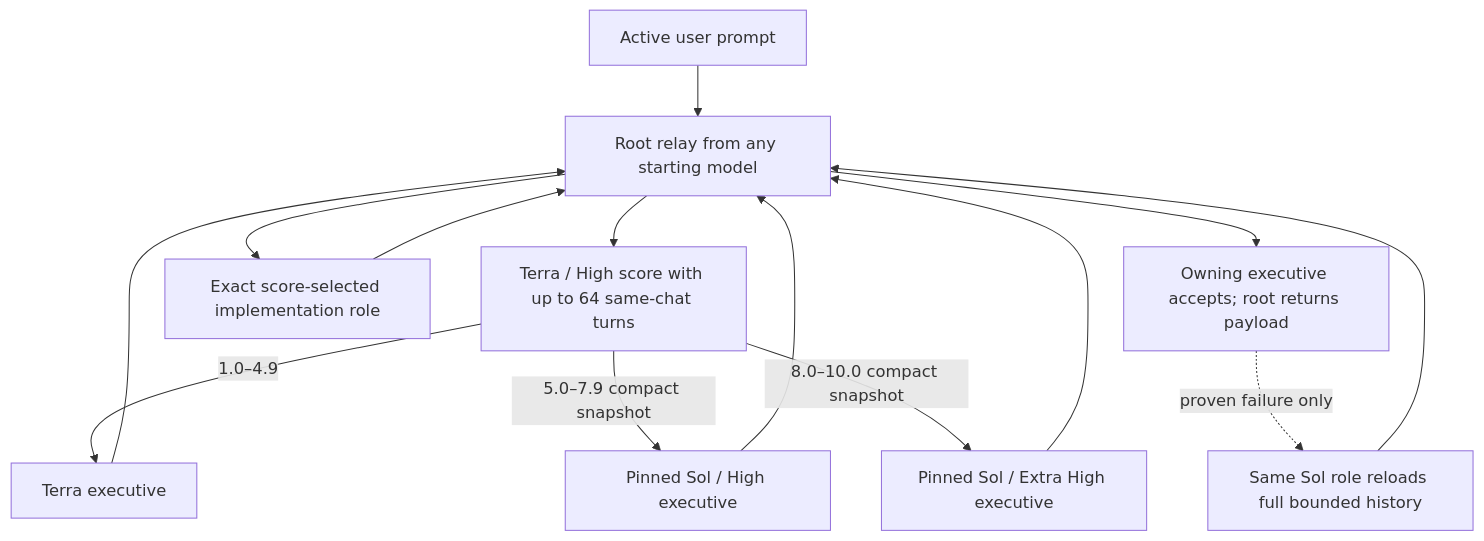
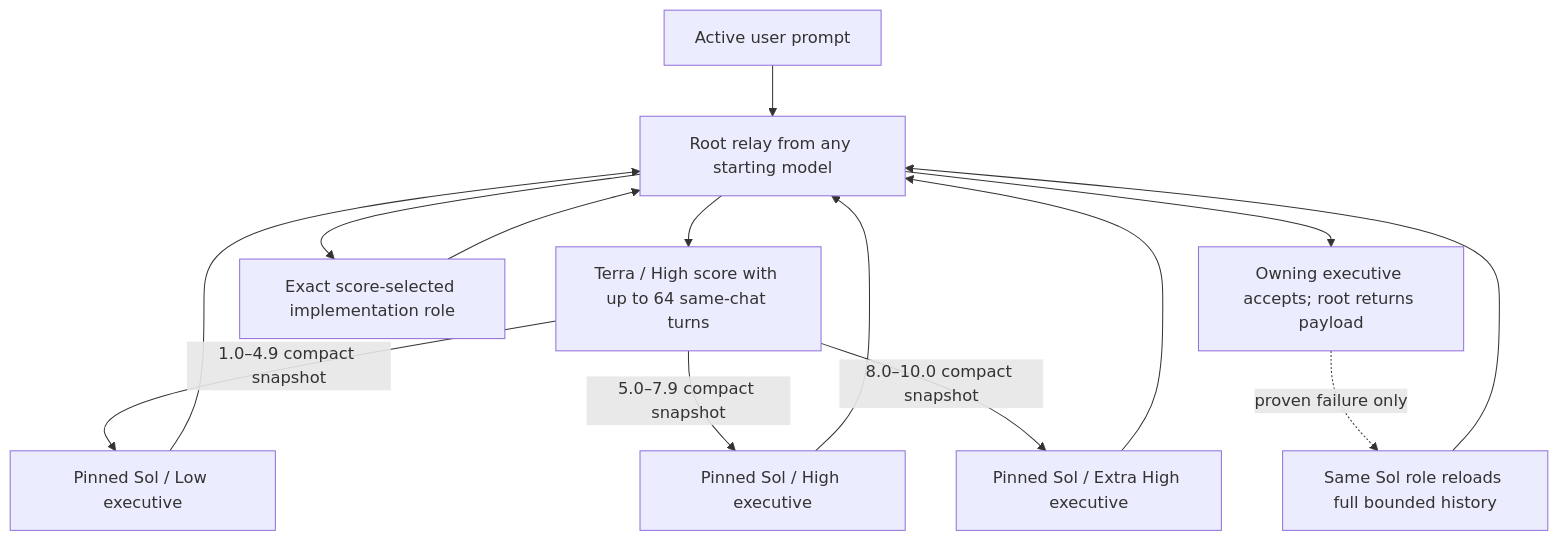
Before and after one commit to jessejaffe/codex-orchestration: the diagram in README.md, drawn with Mermaid. The commit also changed other lines of this file and 10 other files, not shown here.

````diff
--- a/README.md
+++ b/README.md
@@ -101,16 +104,16 @@
 ```mermaid
 flowchart TD
     U["Active user prompt"] --> H["Root relay from any starting model"]
     H --> T["Terra / High score with up to 64 same-chat turns"]
-    T -->|"1.0–4.9"| L["Terra executive"]
-    L --> H
+    T -->|"1.0–4.9 compact snapshot"| L["Pinned Sol / Low executive"]
     T -->|"5.0–7.9 compact snapshot"| S["Pinned Sol / High executive"]
     T -->|"8.0–10.0 compact snapshot"| X["Pinned Sol / Extra High executive"]
+    L --> H
     S --> H
     X --> H
     H --> P["Exact score-selected implementation role"]
     P --> H
     H --> R["Owning executive accepts; root returns payload"]
     R -. "proven failure only" .-> F["Same Sol role reloads full bounded history"]
     F --> H
 ```
````
